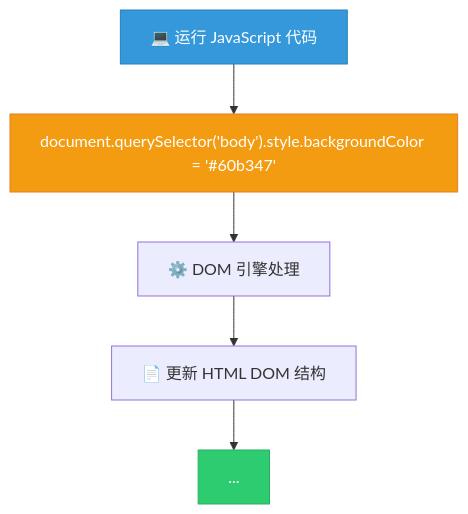
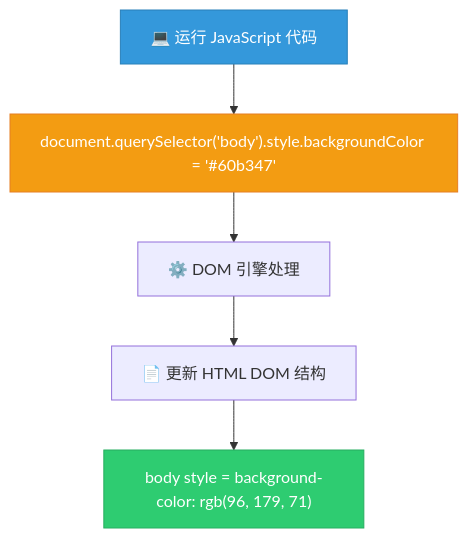
One commit to FLYleoYBQ/js-tutorials changed the diagram in text2/07/008_Manipulating_CSS_Styles.md. Above: the diagram before and after it, drawn with Mermaid. The commit also changed 2 other files, not shown here.

Commit message:
feat: 更新转换脚本和模板 - 添加 HTML/CSS 预览 + 异步输出支持

````diff
--- a/text2/07/008_Manipulating_CSS_Styles.md
+++ b/text2/07/008_Manipulating_CSS_Styles.md
@@ -46,11 +46,11 @@
 ```mermaid
 flowchart TD
     A["💻 运行 JavaScript 代码"] --> B["document.querySelector('body').style.backgroundColor = '#60b347'"]
     B --> C["⚙️ DOM 引擎处理"]
     C --> D["📄 更新 HTML DOM 结构"]
-    D --> E["<body style='background-color: rgb(96, 179, 71);'>...</body>"]
+    D --> E["body style = background-color: rgb(96, 179, 71)"]
     
     style A fill:#3498db,stroke:#2980b9,color:#fff
     style B fill:#f39c12,stroke:#e67e22,color:#fff
     style E fill:#2ecc71,stroke:#27ae60,color:#fff
 ```
````
